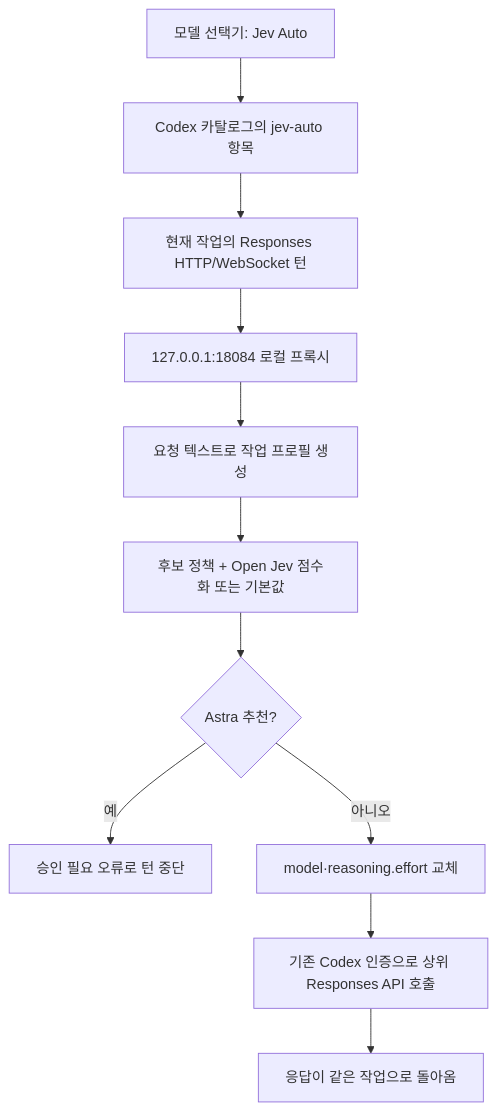
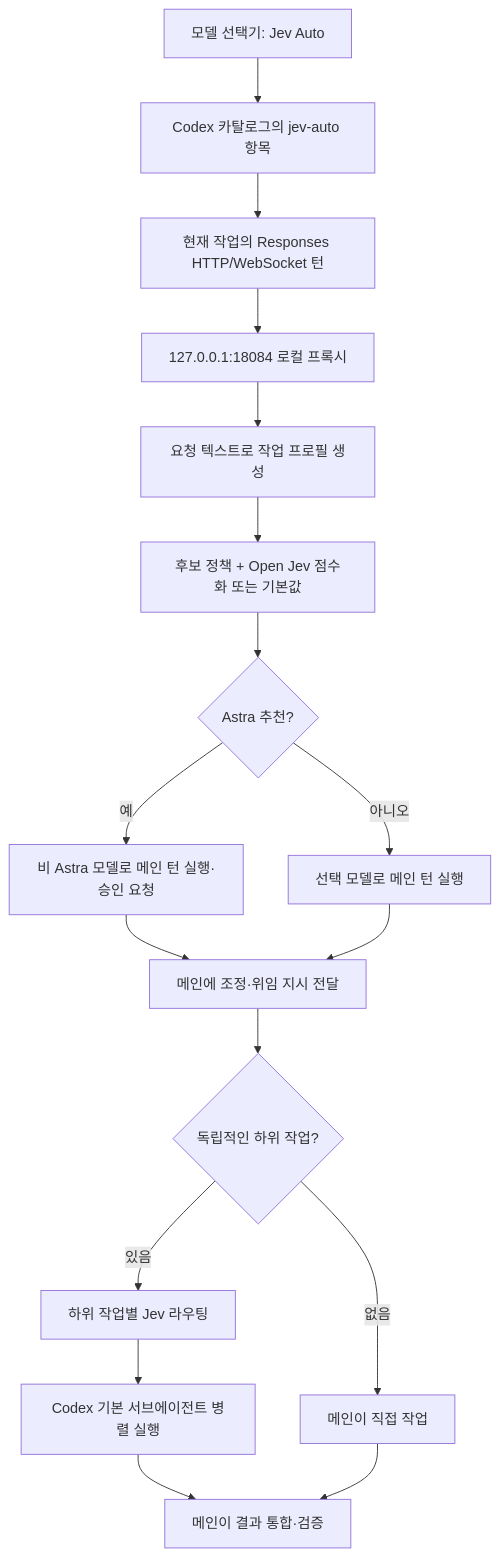
One commit to Yaklede/codex-jev-auto changed the second of 2 diagrams in README.md. Above: the diagram before and after it, drawn with Mermaid. The commit also changed other lines of this file and 10 other files, not shown here.

Commit message:
Enable Jev Auto main-task delegation policy

````diff
--- a/README.md
+++ b/README.md
@@ -33,13 +35,19 @@
 ```mermaid
 flowchart TD
     PICKER["모델 선택기: Jev Auto"] --> CATALOG["Codex 카탈로그의 jev-auto 항목"]
     CATALOG --> TURN["현재 작업의 Responses HTTP/WebSocket 턴"]
     TURN --> PROXY["127.0.0.1:18084 로컬 프록시"]
     PROXY --> PROFILE["요청 텍스트로 작업 프로필 생성"]
     PROFILE --> ROUTE["후보 정책 + Open Jev 점수화 또는 기본값"]
     ROUTE --> GATE{"Astra 추천?"}
-    GATE -->|예| BLOCK["승인 필요 오류로 턴 중단"]
-    GATE -->|아니오| REWRITE["model·reasoning.effort 교체"]
-    REWRITE --> UPSTREAM["기존 Codex 인증으로 상위 Responses API 호출"]
-    UPSTREAM --> SAME["응답이 같은 작업으로 돌아옴"]
+    GATE -->|예| SAFE["비 Astra 모델로 메인 턴 실행·승인 요청"]
+    GATE -->|아니오| REWRITE["선택 모델로 메인 턴 실행"]
+    SAFE --> POLICY["메인에 조정·위임 지시 전달"]
+    REWRITE --> POLICY
+    POLICY --> SPLIT{"독립적인 하위 작업?"}
+    SPLIT -->|없음| DIRECT["메인이 직접 작업"]
+    SPLIT -->|있음| SUBROUTE["하위 작업별 Jev 라우팅"]
+    SUBROUTE --> AGENTS["Codex 기본 서브에이전트 병렬 실행"]
+    AGENTS --> VERIFY["메인이 결과 통합·검증"]
+    DIRECT --> VERIFY
 ```
````
